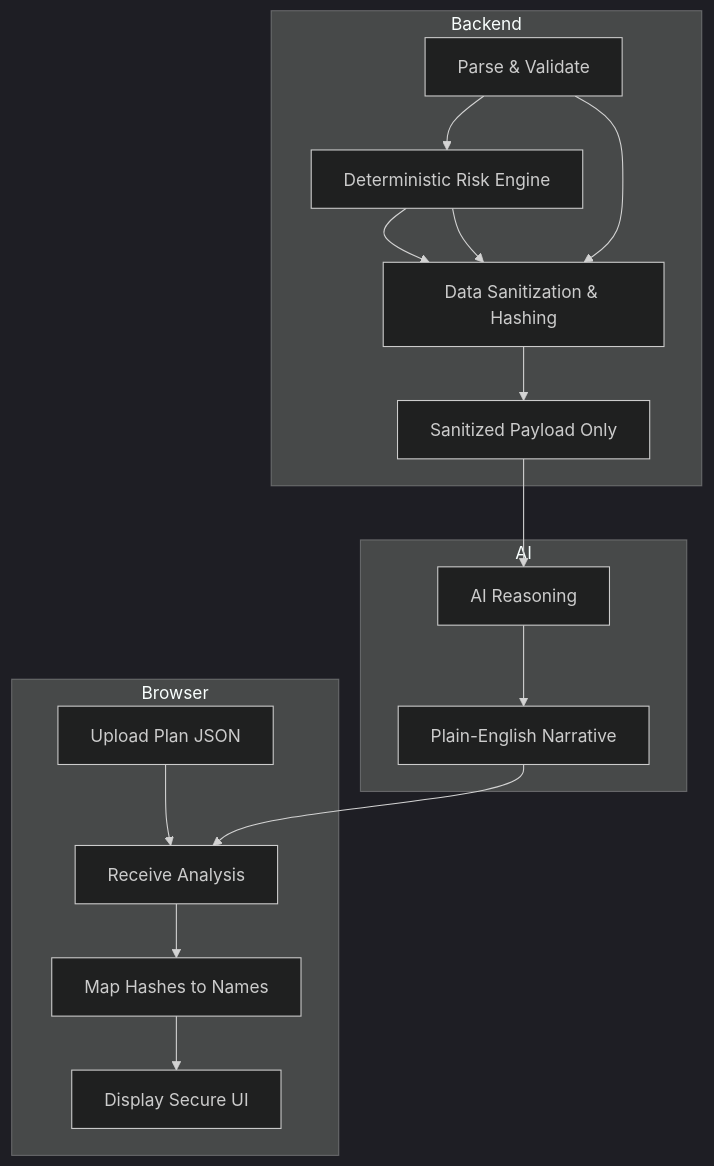
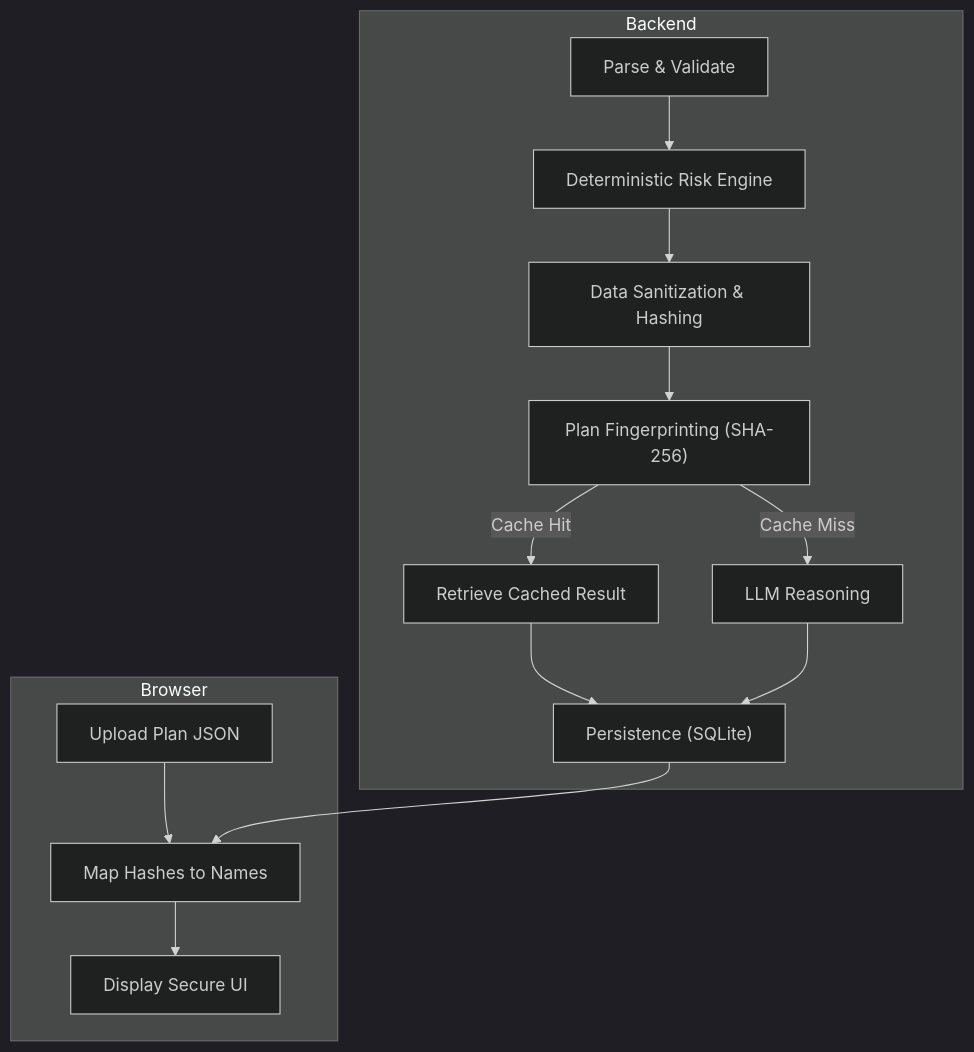
One commit to claycock96/riskprism changed the diagram in DETAILED_ARCHITECTURE.md. Above: the diagram before and after it, drawn with Mermaid (dark theme). The commit also changed other lines of this file and 16 other files, not shown here.

````diff
--- a/DETAILED_ARCHITECTURE.md
+++ b/DETAILED_ARCHITECTURE.md
@@ -9,23 +9,19 @@
 ```mermaid
 graph TD
-    subgraph Browser
-        A["Upload Plan JSON"] --> B["Receive Analysis"]
-        B --> C["Map Hashes to Names"]
-        C --> D["Display Secure UI"]
-    end
-
     subgraph Backend
         E["Parse & Validate"] --> F["Deterministic Risk Engine"]
         F --> G["Data Sanitization & Hashing"]
-        G --> H["Sanitized Payload Only"]
+        G --> H["Plan Fingerprinting (SHA-256)"]
+        H -- "Cache Hit" --> I["Retrieve Cached Result"]
+        H -- "Cache Miss" --> J["LLM Reasoning"]
+        I --> K["Persistence (SQLite)"]
+        J --> K
     end
 
-    subgraph AI
-        H --> I["AI Reasoning"]
-        I --> J["Plain-English Narrative"]
+    subgraph Browser
+        A["Upload Plan JSON"] --> B["Map Hashes to Names"]
+        B --> C["Display Secure UI"]
     end
-
-    J --> B
-    F --> G
-    E --> G
+    
+    K --> B
 ```
````
